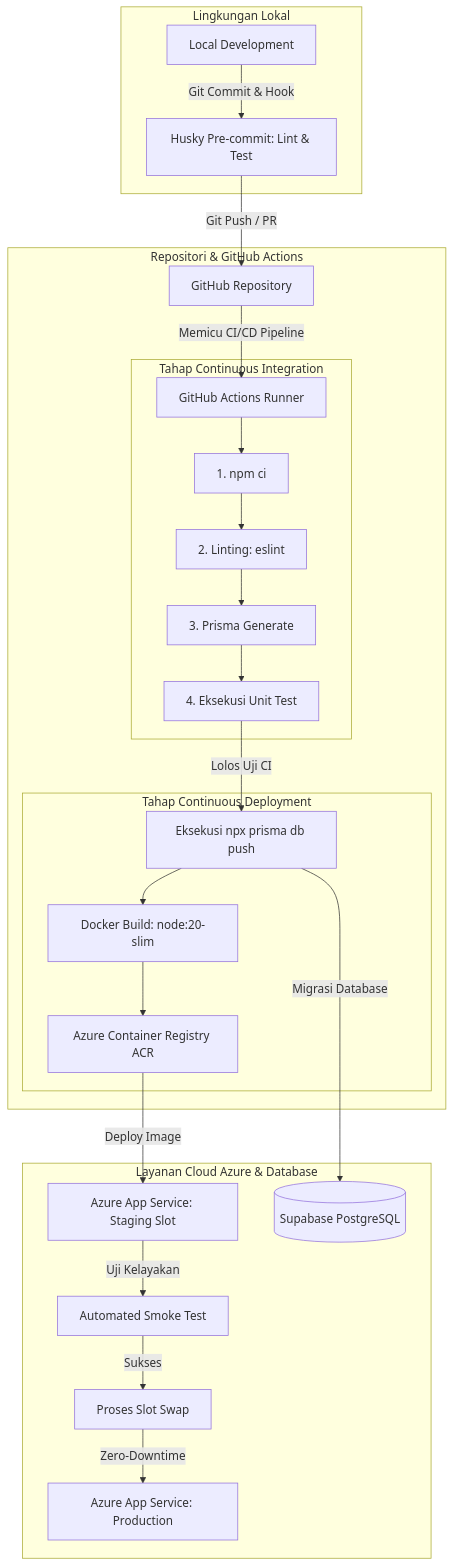
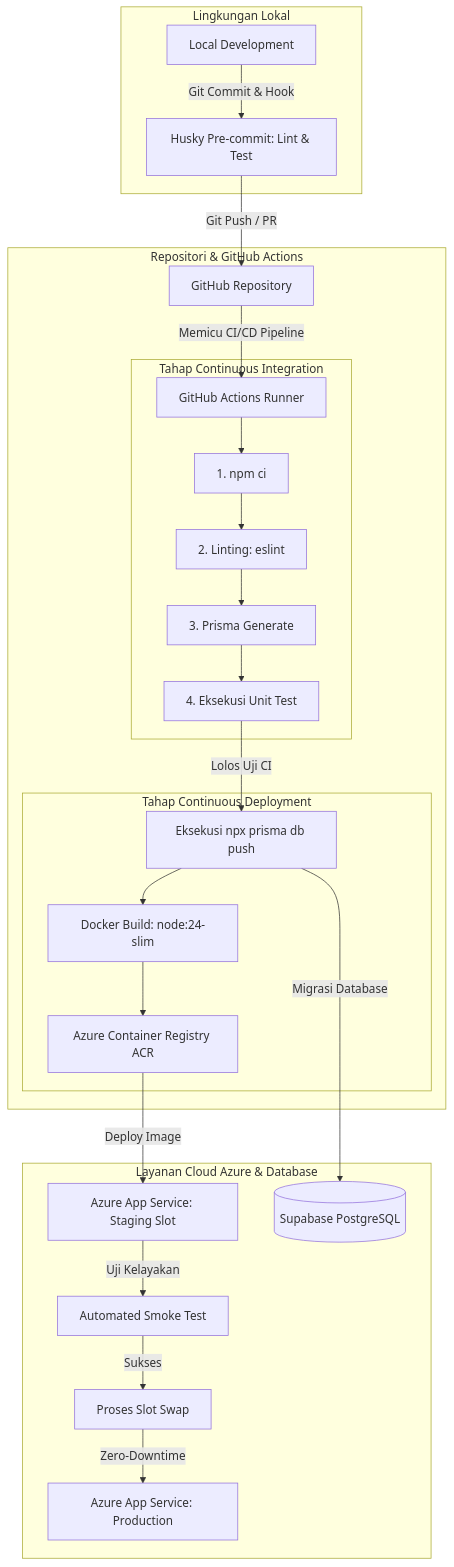
Before and after one commit to cafauzi13/DevOps-MMI: the diagram in README.md, drawn with Mermaid. The commit also changed other lines of this file and 2 other files, not shown here.

Commit message:
docs: refactor documentation setup and update README to sync with Jest and Node v24

````diff
--- a/README.md
+++ b/README.md
@@ -109,33 +109,33 @@
 ```mermaid
 flowchart TD
     subgraph Local [Lingkungan Lokal]
         LD[Local Development] -->|Git Commit & Hook| H[Husky Pre-commit: Lint & Test]
     end
 
     subgraph GitHub [Repositori & GitHub Actions]
         H -->|Git Push / PR| GR[GitHub Repository]
         GR -->|Memicu CI/CD Pipeline| GAC[GitHub Actions Runner]
         
         subgraph CI [Tahap Continuous Integration]
             GAC --> CI1[1. npm ci]
             CI1 --> CI2[2. Linting: eslint]
             CI2 --> CI3[3. Prisma Generate]
             CI3 --> CI4[4. Eksekusi Unit Test]
         end
         
         subgraph CD [Tahap Continuous Deployment]
             CI4 -->|Lolos Uji CI| CD1[Eksekusi npx prisma db push]
-            CD1 --> CD2[Docker Build: node:20-slim]
+            CD1 --> CD2[Docker Build: node:24-slim]
             CD2 --> CD3[Azure Container Registry ACR]
         end
     end
 
     subgraph Azure [Layanan Cloud Azure & Database]
         CD3 -->|Deploy Image| AS_STG[Azure App Service: Staging Slot]
         AS_STG -->|Uji Kelayakan| ST[Automated Smoke Test]
         ST -->|Sukses| SWAP[Proses Slot Swap]
         SWAP -->|Zero-Downtime| AS_PROD[Azure App Service: Production]
         CD1 -->|Migrasi Database| DB[(Supabase PostgreSQL)]
     end
 
 ```
````
